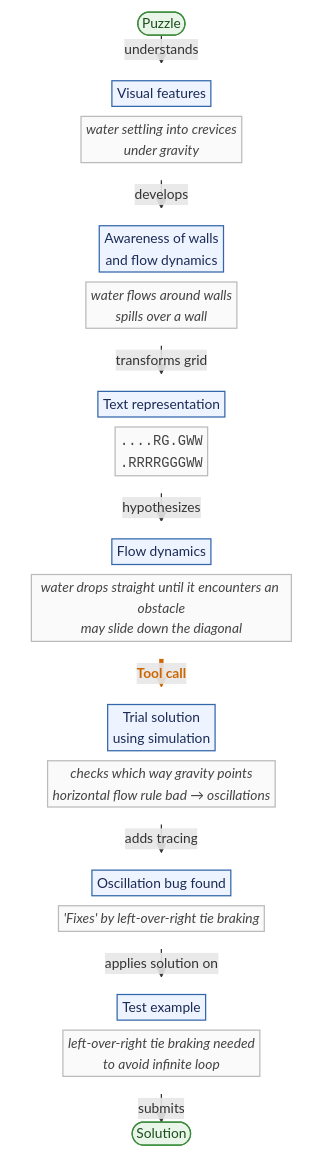
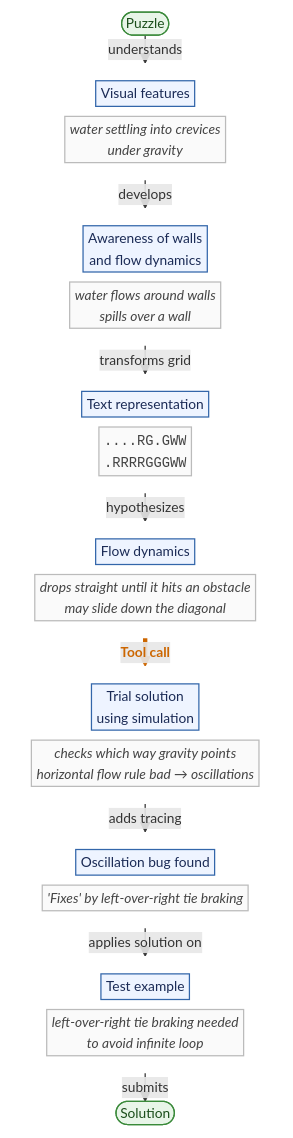
Before and after one commit to pivotools/arc-agi-presentation: the diagram in posts/agentic_coding_arc_agi/presentation.qmd, drawn with Mermaid. The commit also changed other lines of this file, not shown here.

Commit message:
diagram wip

````diff
--- a/posts/agentic_coding_arc_agi/presentation.qmd
+++ b/posts/agentic_coding_arc_agi/presentation.qmd
@@ -578,68 +580,68 @@
 ```{mermaid}
 %%| fig-align: center
 %%| fig-width: 7
 %%{init: {"flowchart": {"htmlLabels": true, "nodeSpacing": 8, "rankSpacing": 6, "padding": 2}, "themeVariables": {"fontSize": "11px"}}}%%
 flowchart TB
     P([Puzzle])
     subgraph rV [ ]
         direction LR
         V[Visual features]
         VD["<i>water settling into crevices<br/>under gravity</i>"]
     end
     subgraph rW [ ]
         direction LR
         W["Awareness of walls<br/>and flow dynamics"]
         WD["<i>water flows around walls<br/>spills over a wall</i>"]
     end
     subgraph rT [ ]
         direction LR
         T[Text representation]
         TD["<code>....RG.GWW<br/>.RRRRGGGWW</code>"]
     end
     subgraph rF [ ]
         direction LR
         F[Flow dynamics]
-        FD["<i>water drops straight until it encounters an obstacle<br/>may slide down the diagonal</i>"]
+        FD["<i>drops straight until it hits an obstacle<br/>may slide down the diagonal</i>"]
     end
     subgraph rSIM [ ]
         direction LR
         SIM["Trial solution<br/>using simulation"]
         SD["<i>checks which way gravity points<br/>horizontal flow rule bad → oscillations</i>"]
     end
     subgraph rB [ ]
         direction LR
         B[Oscillation bug found]
         BD["<i>'Fixes' by left-over-right tie braking</i>"]
     end
     subgraph rTE [ ]
         direction LR
         TE[Test example]
         TED["<i>left-over-right tie braking needed<br/>to avoid infinite loop</i>"]
     end
     SOL([Solution])
 
     P -- understands --> V
     V -- develops --> W
     W -- transforms grid --> T
     T -- hypothesizes --> F
     F == Tool call ==> SIM
     SIM -- adds tracing --> B
     B -- applies solution on --> TE
     TE -- submits --> SOL
 
     style rV fill:none,stroke:none
     style rW fill:none,stroke:none
     style rT fill:none,stroke:none
     style rF fill:none,stroke:none
     style rSIM fill:none,stroke:none
     style rB fill:none,stroke:none
     style rTE fill:none,stroke:none
 
     classDef main fill:#eef4ff,stroke:#3366aa,color:#1a2a55;
     classDef detail fill:#fafafa,stroke:#bbb,color:#444;
     classDef io fill:#e8f5e8,stroke:#3a8a3a,color:#1a4d1a;
     class V,W,T,F,SIM,B,TE main
     class VD,WD,TD,FD,SD,BD,TED detail
     class P,SOL io
     linkStyle 4 stroke:#cc6600,stroke-width:3.5px,color:#cc6600,font-weight:bold;
 ```
````
